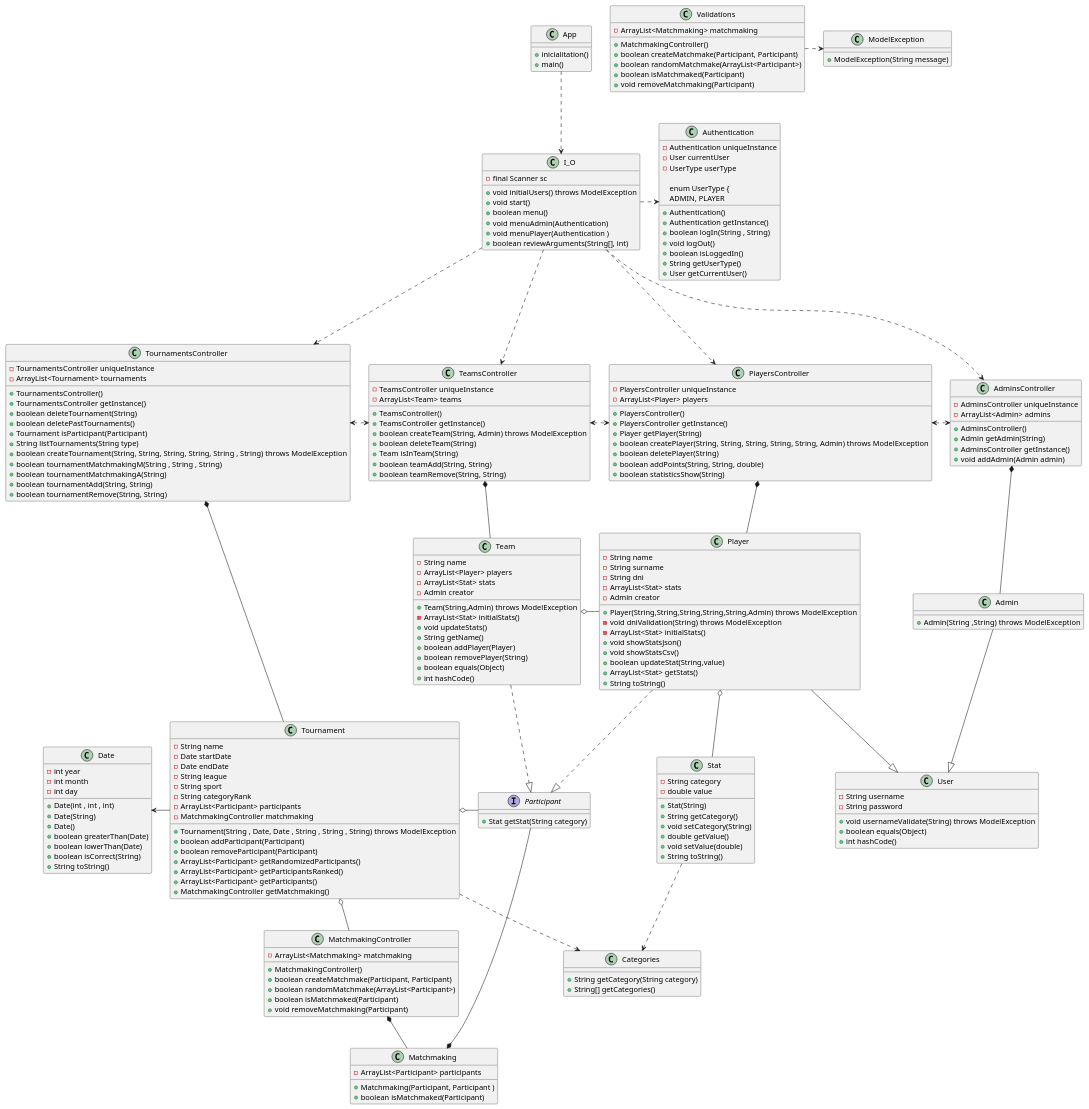
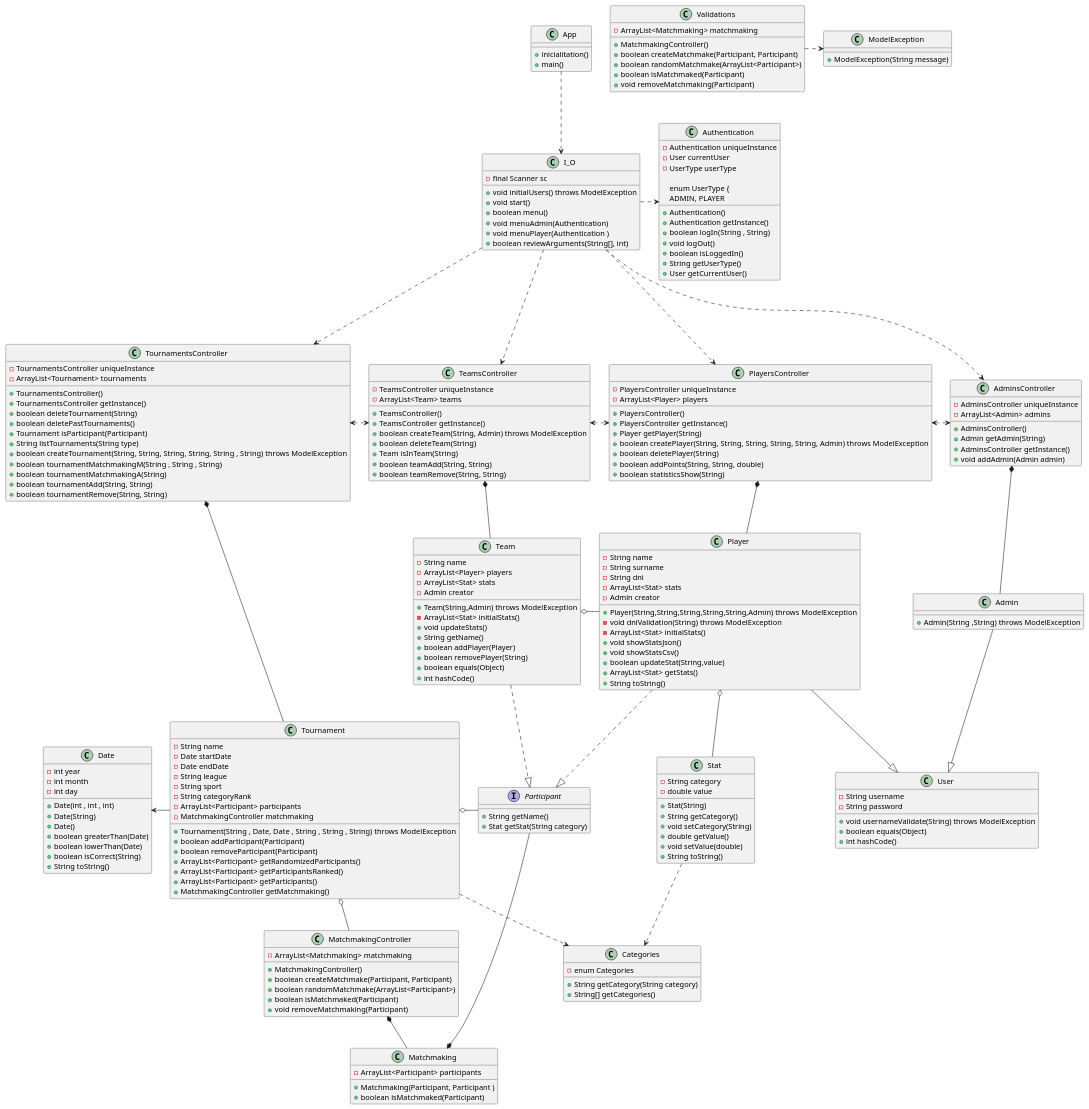
Before and after one commit to AlbertoArpa/POO2: the diagram in documents/uml.puml, drawn with PlantUML. The commit also changed 7 other files, not shown here.

```diff
--- a/documents/uml.puml
+++ b/documents/uml.puml
@@ -63,6 +63,7 @@
 }
 
 class Categories{
+    -enum Categories
     +String getCategory(String category)
     +String[] getCategories()
 }
@@ -183,6 +184,7 @@
 }
 
 interface Participant{
+    + String getName()
     + Stat getStat(String category)
 }
 
```
